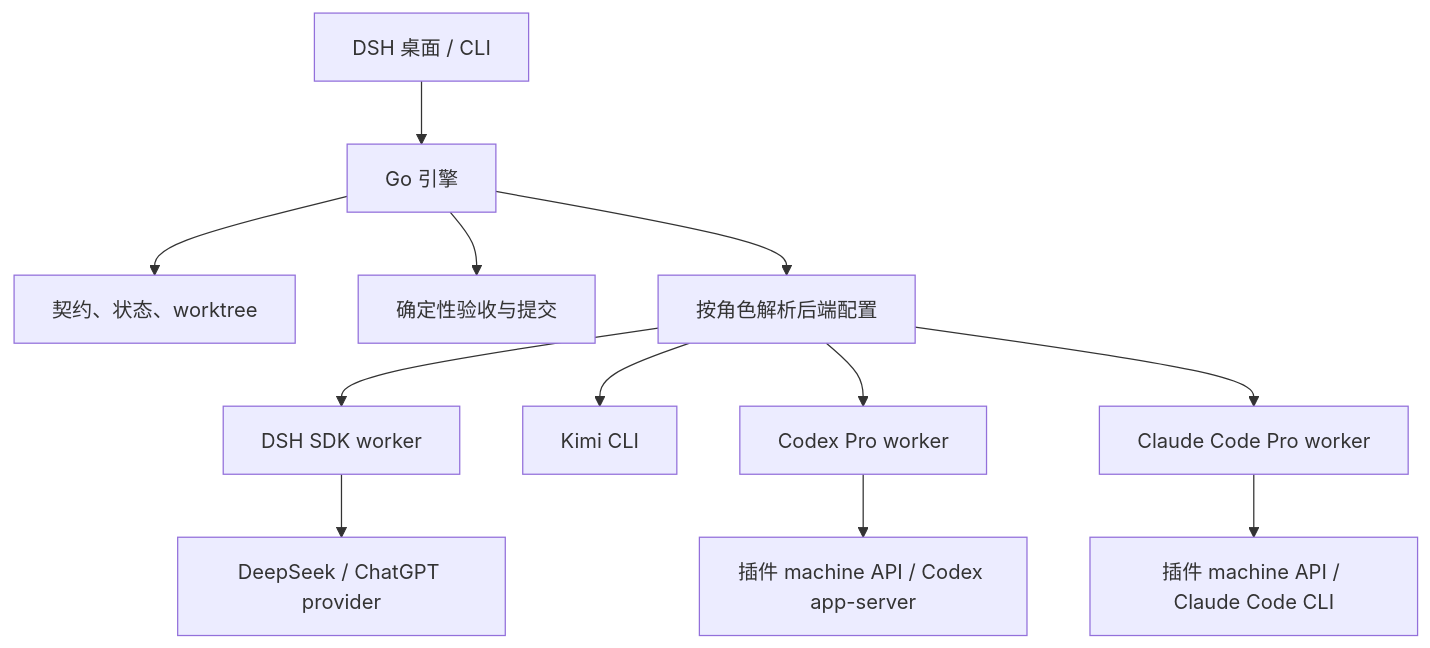
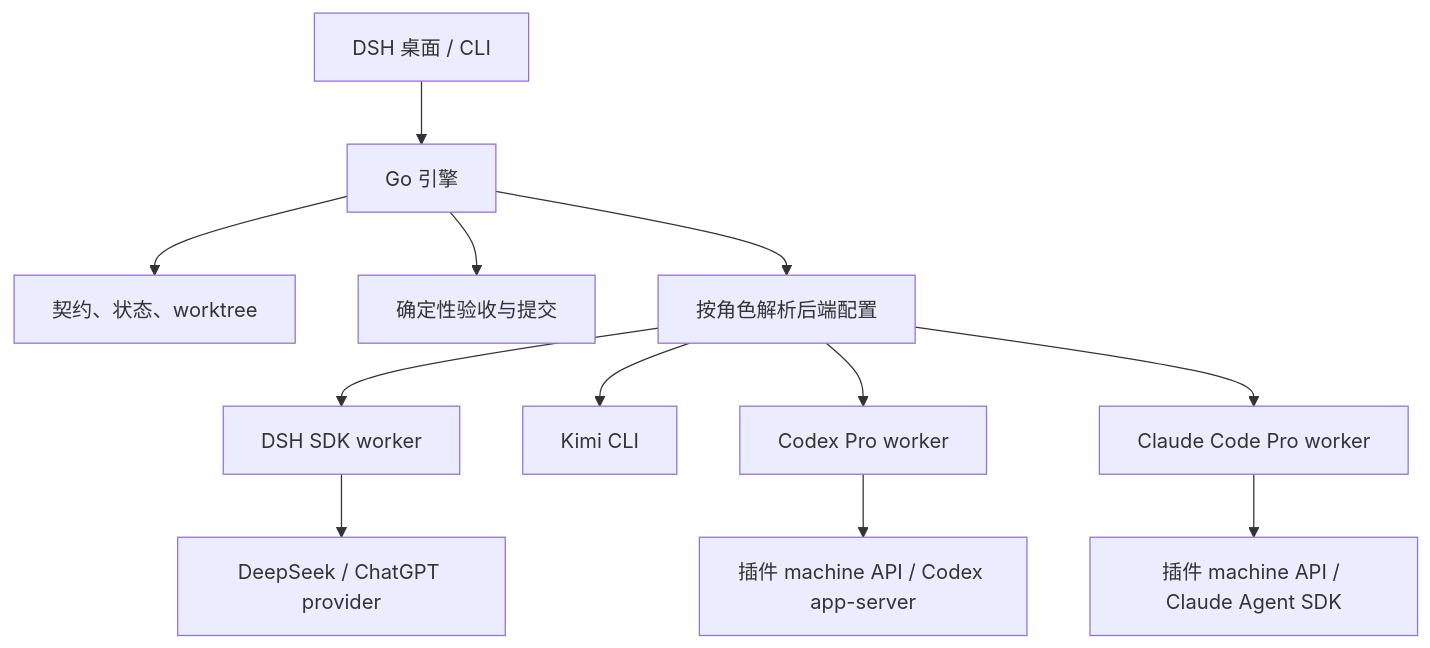
Before and after one commit to ckanner/flywheel: the diagram in docs/design.md, drawn with Mermaid. The commit also changed other lines of this file and 50 other files, not shown here.

Commit message:
feat: integrate the official Claude Agent SDK companion

````diff
--- a/docs/design.md
+++ b/docs/design.md
@@ -52,14 +52,14 @@
 ```mermaid
 flowchart TD
   U["DSH 桌面 / CLI"] --> G["Go 引擎"]
   G --> C["契约、状态、worktree"]
   G --> V["确定性验收与提交"]
   G --> R["按角色解析后端配置"]
   R --> D["DSH SDK worker"]
   R --> K["Kimi CLI"]
   R --> X["Codex Pro worker"]
   R --> H["Claude Code Pro worker"]
   X --> A["插件 machine API / Codex app-server"]
-  H --> Q["插件 machine API / Claude Code CLI"]
+  H --> Q["插件 machine API / Claude Agent SDK"]
   D --> P["DeepSeek / ChatGPT provider"]
 ```
````
